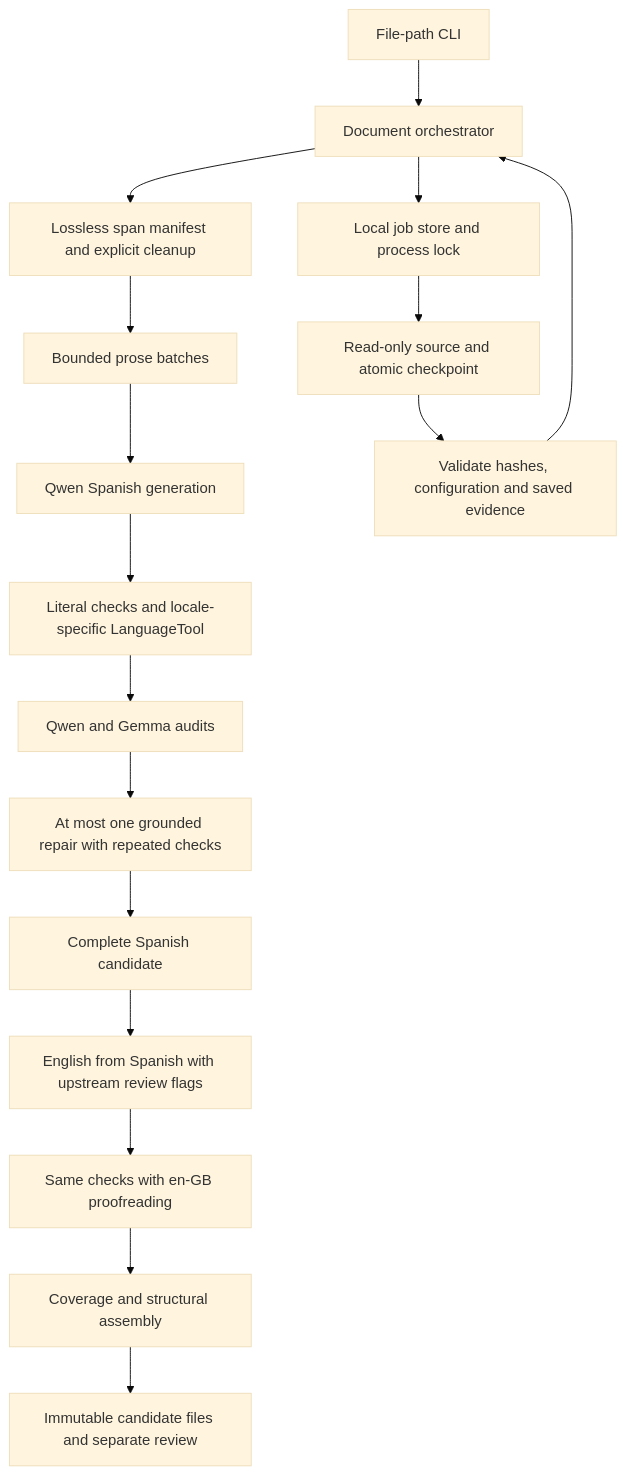
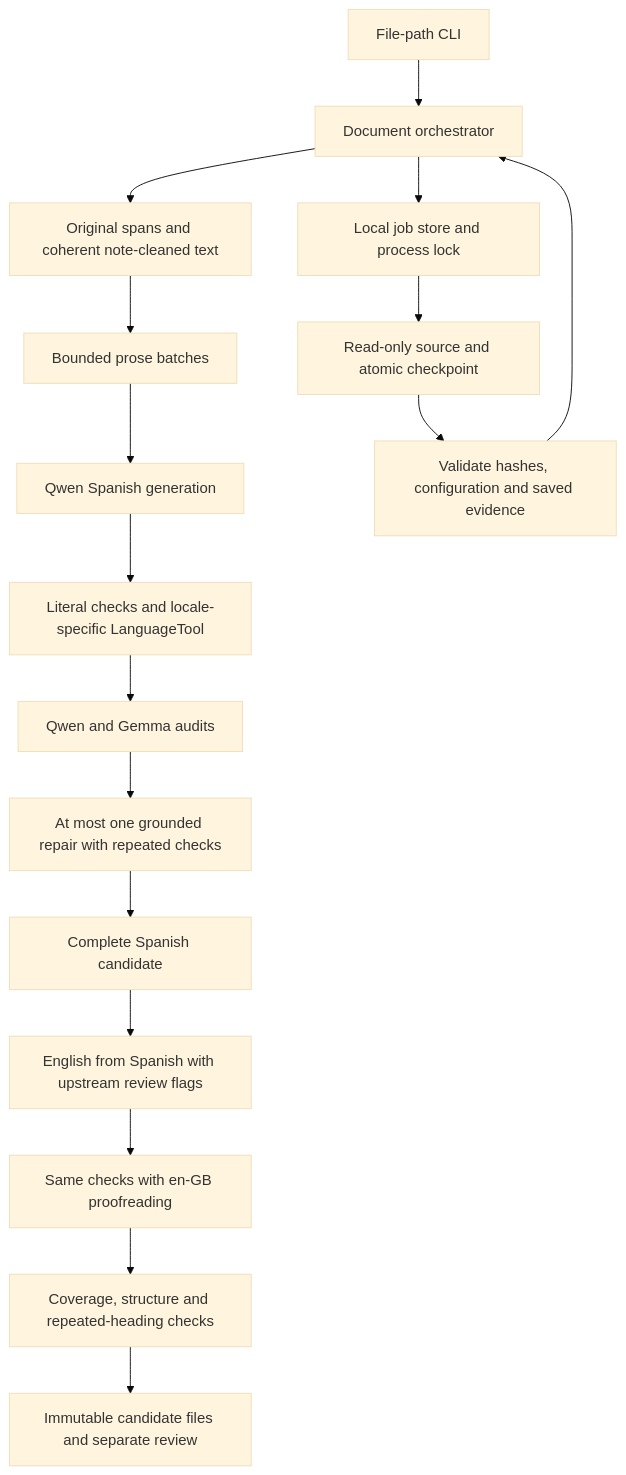
One commit to Nain9Dev/NainWrite changed the second of 2 diagrams in docs/03-architecture.md. Above: the diagram before and after it, drawn with Mermaid (base theme). The commit also changed other lines of this file and 17 other files, not shown here.

Commit message:
fix: preserve coherent document spans and recover checkpoint locks

````diff
--- a/docs/03-architecture.md
+++ b/docs/03-architecture.md
@@ -59,19 +59,19 @@
 ```mermaid
 flowchart TD
     CLI[File-path CLI] --> Job[Document orchestrator]
     Job --> Store[Local job store and process lock]
     Store --> Input[Read-only source and atomic checkpoint]
-    Job --> Parser[Lossless span manifest and explicit cleanup]
+    Job --> Parser[Original spans and coherent note-cleaned text]
     Parser --> Batches[Bounded prose batches]
     Batches --> ES[Qwen Spanish generation]
     ES --> Checks[Literal checks and locale-specific LanguageTool]
     Checks --> Audits[Qwen and Gemma audits]
     Audits --> Repair[At most one grounded repair with repeated checks]
     Repair --> Spanish[Complete Spanish candidate]
     Spanish --> EN[English from Spanish with upstream review flags]
     EN --> ChecksEN[Same checks with en-GB proofreading]
-    ChecksEN --> Assemble[Coverage and structural assembly]
+    ChecksEN --> Assemble[Coverage, structure and repeated-heading checks]
     Assemble --> Output[Immutable candidate files and separate review]
     Input --> Resume[Validate hashes, configuration and saved evidence]
     Resume --> Job
 ```
````
